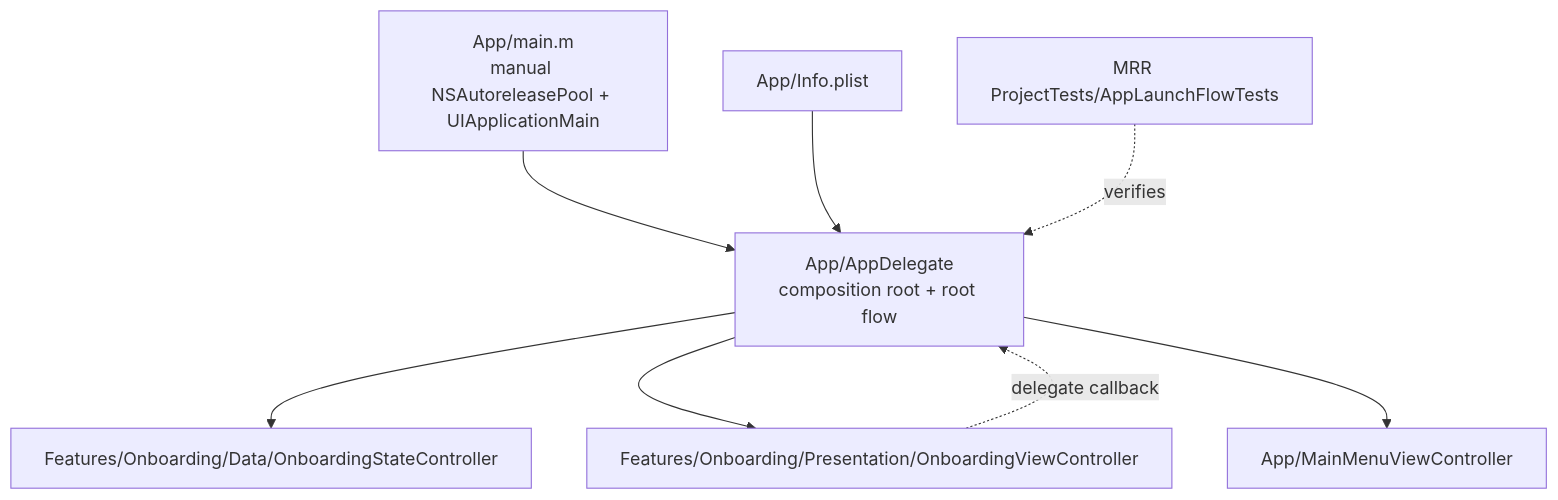
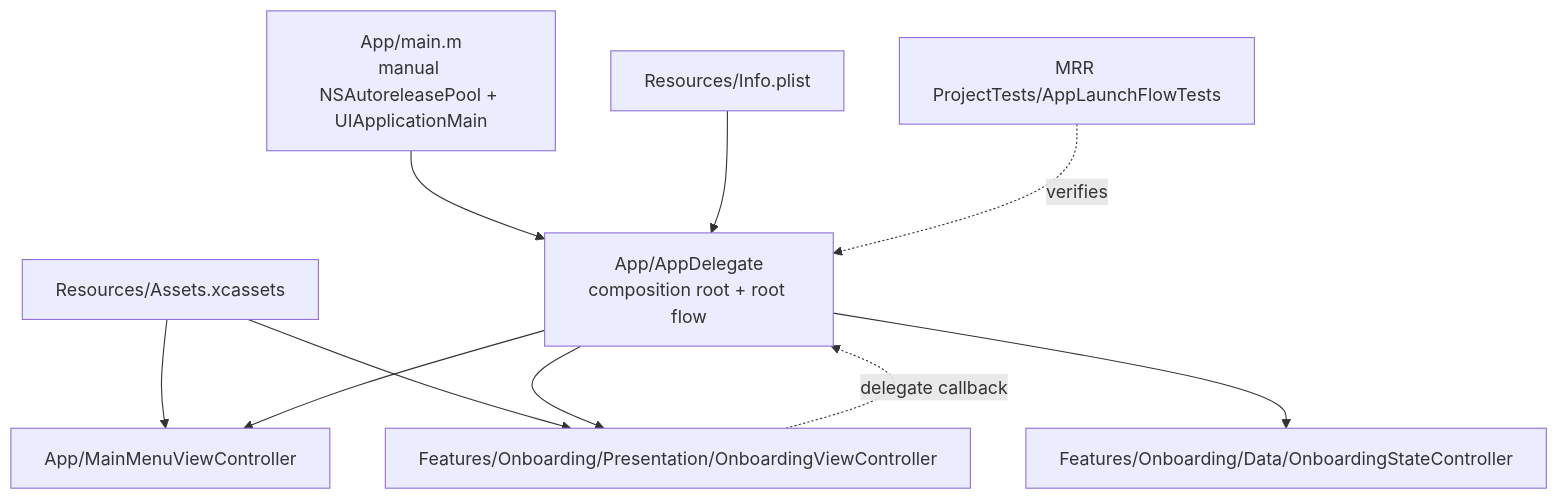
The first of 6 diagrams in ARCHITECTURE.md (bengidev/ios_mrr_learning_project), drawn with Mermaid before and after one commit. The commit also changed other lines of this file and 19 other files, not shown here.

Commit message:
Finalize onboarding flow and project cleanup

````diff
--- a/ARCHITECTURE.md
+++ b/ARCHITECTURE.md
@@ -20,18 +24,21 @@
 ```mermaid
 flowchart TB
   main["App/main.m<br/>manual NSAutoreleasePool + UIApplicationMain"]
-  plist["App/Info.plist"]
+  plist["Resources/Info.plist"]
+  assets["Resources/Assets.xcassets"]
   app["App/AppDelegate<br/>composition root + root flow"]
   onboardingState["Features/Onboarding/Data/OnboardingStateController"]
   onboardingVC["Features/Onboarding/Presentation/OnboardingViewController"]
   mainMenuVC["App/MainMenuViewController"]
   tests["MRR ProjectTests/AppLaunchFlowTests"]
 
   main --> app
   plist --> app
+  assets --> onboardingVC
+  assets --> mainMenuVC
   app --> onboardingState
   app --> onboardingVC
   onboardingVC -.delegate callback.-> app
   app --> mainMenuVC
   tests -.verifies.-> app
 ```
````
